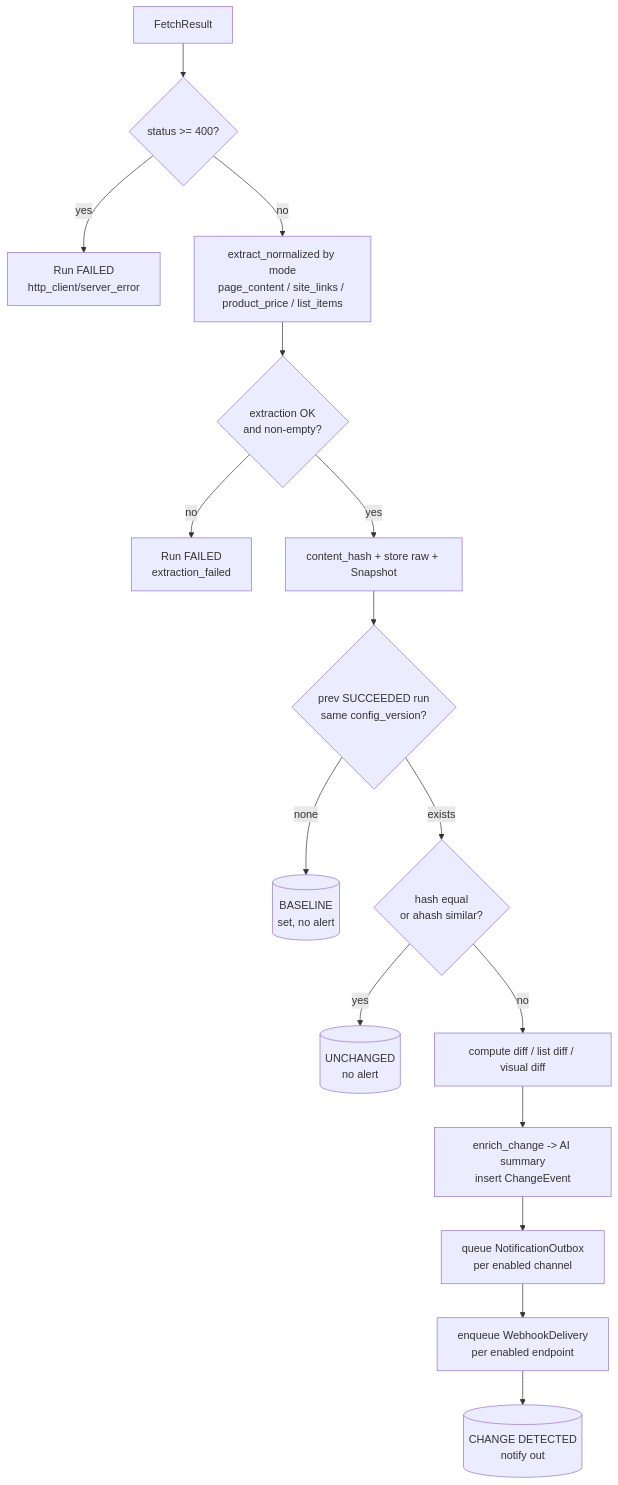
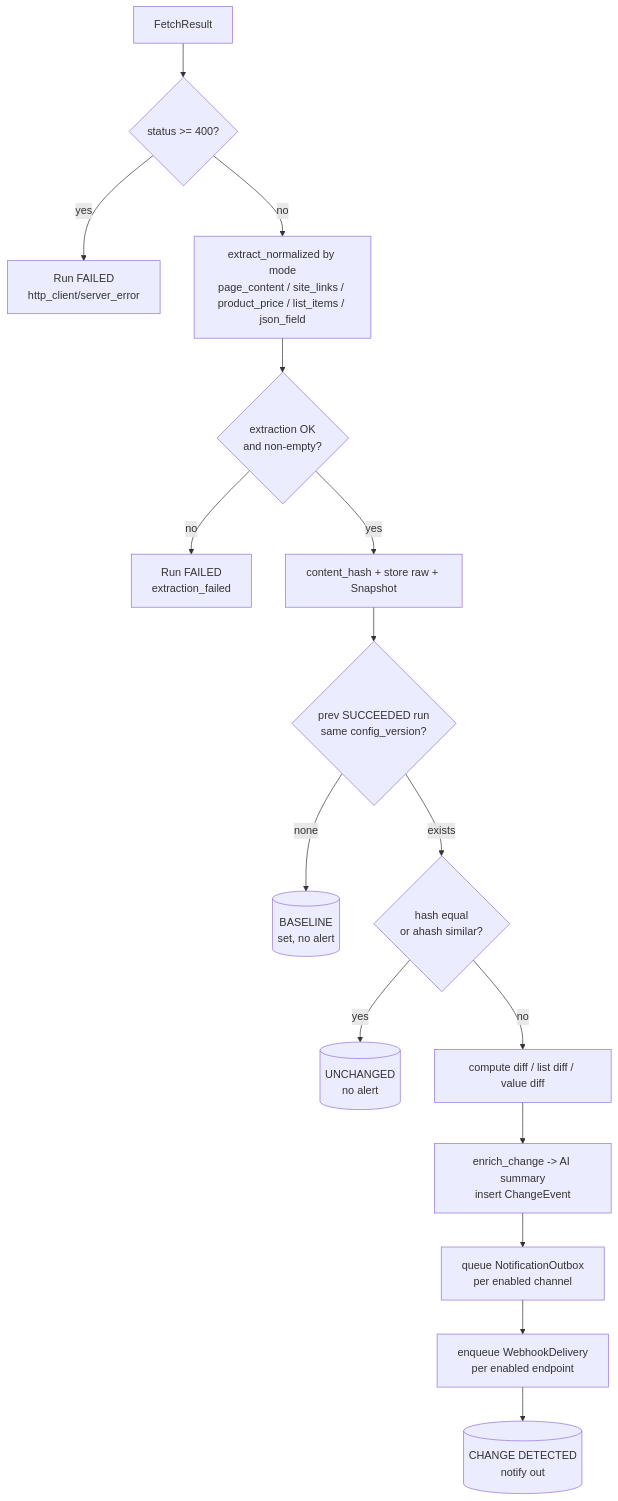
One commit to sunil-gumatimath/web-observer changed the sixth of 6 diagrams in docs/architecture-uml.md. Above: the diagram before and after it, drawn with Mermaid. The commit also changed other lines of this file, not shown here.

Commit message:
docs(uml): refresh monitor-mode references
- Add json_field to Monitor.mode enum values and pipeline flowchart
- Drop removed 'visual' mode from routing notes; js_required flag is the
  browser-queue trigger; site_links/js rejection noted

````diff
--- a/docs/architecture-uml.md
+++ b/docs/architecture-uml.md
@@ -300,18 +300,18 @@
 ```mermaid
 flowchart TD
     A[FetchResult] --> B{status >= 400?}
     B -->|yes| F1[Run FAILED\nhttp_client/server_error]
-    B -->|no| C[extract_normalized by mode\npage_content / site_links / product_price / list_items]
+    B -->|no| C[extract_normalized by mode\npage_content / site_links / product_price / list_items / json_field]
     C --> D{extraction OK\nand non-empty?}
     D -->|no| F2[Run FAILED\nextraction_failed]
     D -->|yes| E[content_hash + store raw + Snapshot]
     E --> G{prev SUCCEEDED run\nsame config_version?}
     G -->|none| H[(BASELINE\nset, no alert)]
     G -->|exists| I{hash equal\nor ahash similar?}
     I -->|yes| J[(UNCHANGED\nno alert)]
-    I -->|no| K[compute diff / list diff / visual diff]
+    I -->|no| K[compute diff / list diff / value diff]
     K --> L[enrich_change -> AI summary\ninsert ChangeEvent]
     L --> M[queue NotificationOutbox\nper enabled channel]
     M --> N[enqueue WebhookDelivery\nper enabled endpoint]
     N --> O[(CHANGE DETECTED\nnotify out)]
 ```
````
